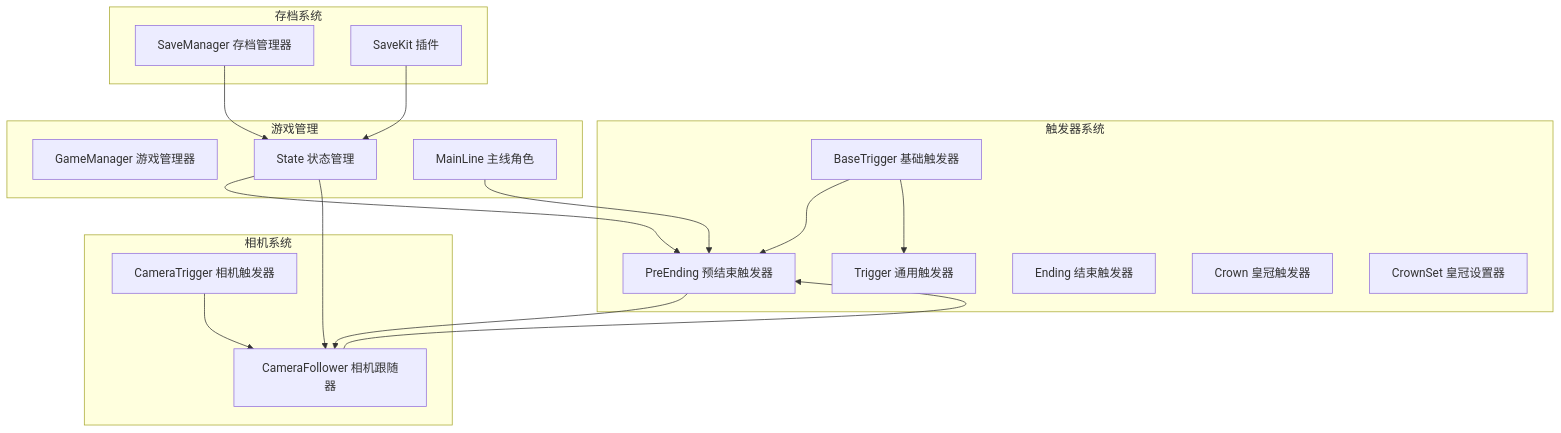
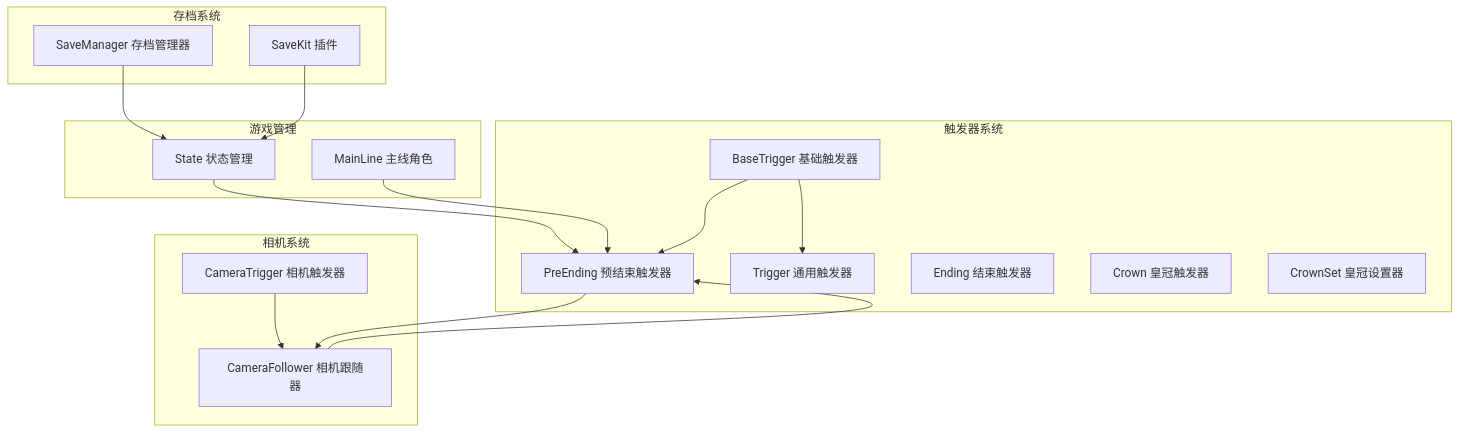
Before and after one commit to godotline/godot-line: the first of 6 diagrams in .qoder/repowiki/zh/content/游戏系统/触发器系统/预结束触发器.md, drawn with Mermaid. The commit also changed other lines of this file and 44 other files, not shown here.

````diff
--- a/.qoder/repowiki/zh/content/游戏系统/触发器系统/预结束触发器.md
+++ b/.qoder/repowiki/zh/content/游戏系统/触发器系统/预结束触发器.md
@@ -48,34 +48,32 @@
 ```mermaid
 graph TB
 subgraph "触发器系统"
 BaseTrigger[BaseTrigger 基础触发器]
 PreEnding[PreEnding 预结束触发器]
 Trigger[Trigger 通用触发器]
 Ending[Ending 结束触发器]
 Crown[Crown 皇冠触发器]
 CrownSet[CrownSet 皇冠设置器]
 end
 subgraph "游戏管理"
-GameManager[GameManager 游戏管理器]
 State[State 状态管理]
 MainLine[MainLine 主线角色]
 end
 subgraph "相机系统"
 CameraFollower[CameraFollower 相机跟随器]
 CameraTrigger[CameraTrigger 相机触发器]
 end
 subgraph "存档系统"
 SaveManager[SaveManager 存档管理器]
 SaveKit[SaveKit 插件]
 end
 BaseTrigger --> PreEnding
 BaseTrigger --> Trigger
 PreEnding --> CameraFollower
 State --> PreEnding
-State --> CameraFollower
 MainLine --> PreEnding
 SaveManager --> State
 SaveKit --> State
 CameraFollower --> PreEnding
 CameraTrigger --> CameraFollower
 ```
````
